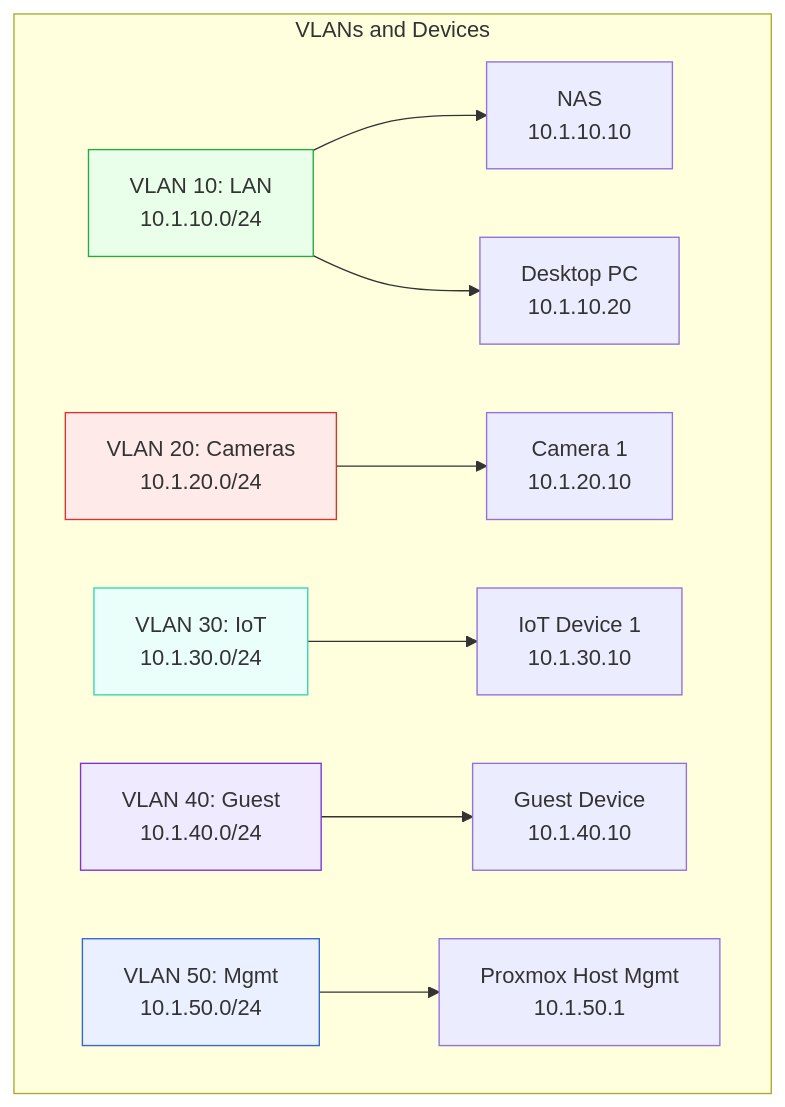
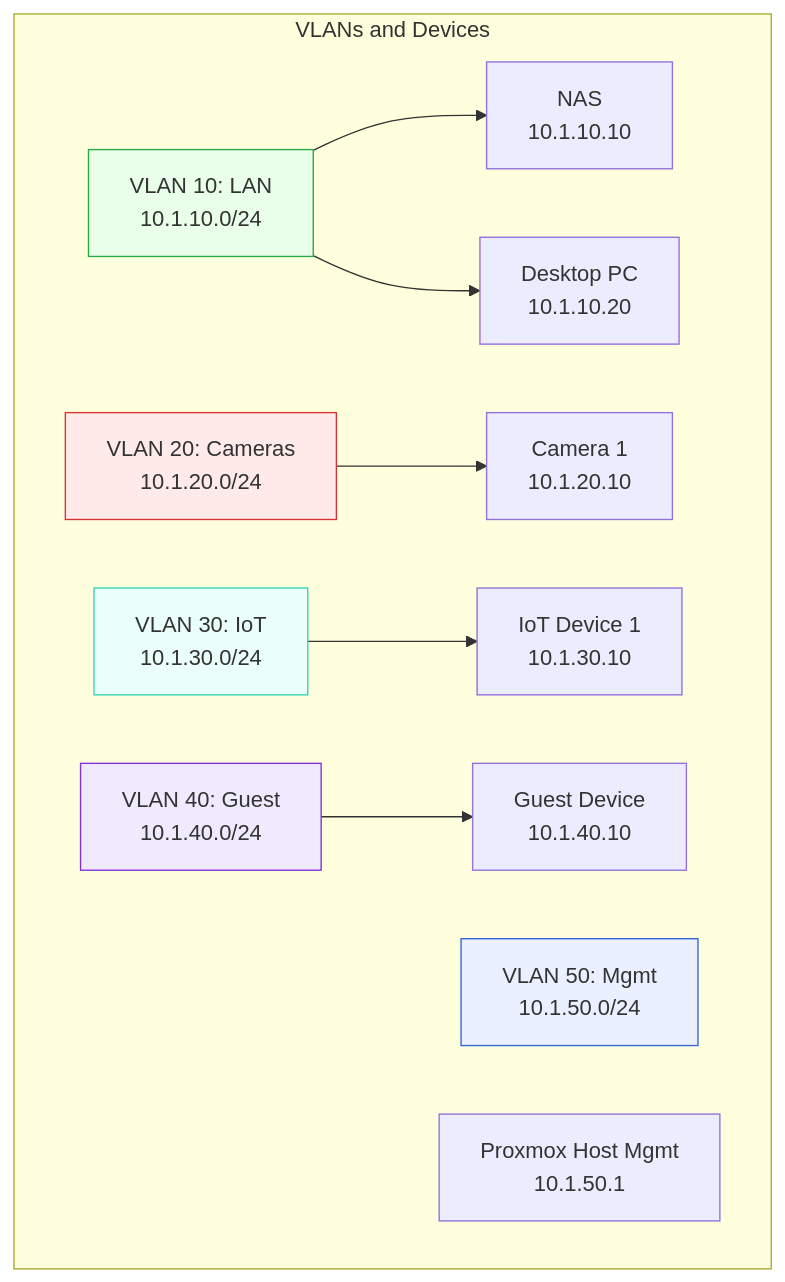
The third of 3 diagrams in README.md (Brewnix/proxmox-firewall), drawn with Mermaid before and after one commit. The commit also changed other lines of this file and 65 other files, not shown here.

````diff
--- a/README.md
+++ b/README.md
@@ -619,27 +629,26 @@
 ```mermaid
 flowchart TD
     subgraph VLANs["VLANs and Devices"]
         LAN["VLAN 10: LAN<br/>10.1.10.0/24"]
         CAM["VLAN 20: Cameras<br/>10.1.20.0/24"]
         IOT["VLAN 30: IoT<br/>10.1.30.0/24"]
         GUEST["VLAN 40: Guest<br/>10.1.40.0/24"]
         MGMT["VLAN 50: Mgmt<br/>10.1.50.0/24"]
         NAS["NAS<br/>10.1.10.10"]
         PC["Desktop PC<br/>10.1.10.20"]
         CAM1["Camera 1<br/>10.1.20.10"]
         IOT1["IoT Device 1<br/>10.1.30.10"]
         GUEST1["Guest Device<br/>10.1.40.10"]
         MGMT1["Proxmox Host Mgmt<br/>10.1.50.1"]
     end
     LAN --> NAS
     LAN --> PC
     CAM --> CAM1
     IOT --> IOT1
     GUEST --> GUEST1
-    MGMT --> MGMT1
     style LAN fill:#eaffea,stroke:#28a745
     style CAM fill:#ffeaea,stroke:#d63333
     style IOT fill:#eafffa,stroke:#33d6b3
     style GUEST fill:#f0eaff,stroke:#7d33d6
     style MGMT fill:#eaf0ff,stroke:#3366d6
 ```
````
